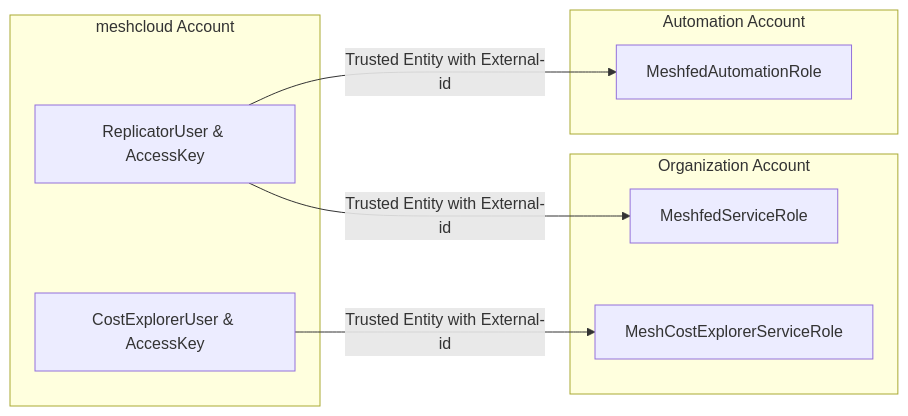
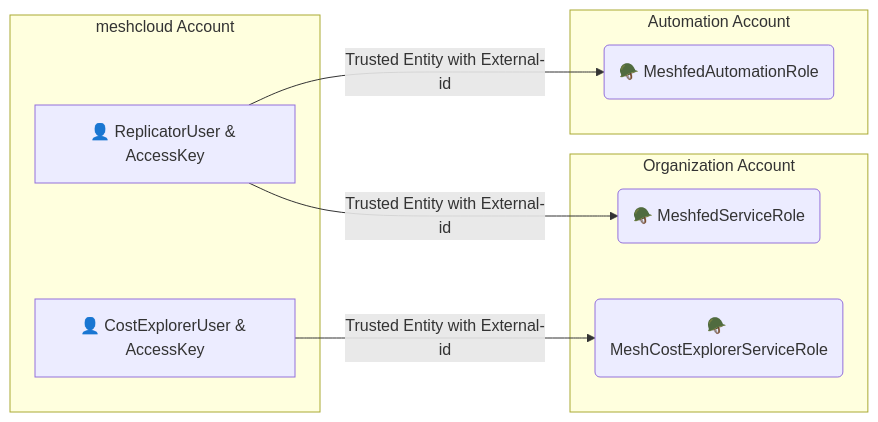
Before and after one commit to meshcloud/meshcloud-docs: the diagram in docs/meshstack.aws.index.md, drawn with Mermaid. The commit also changed other lines of this file, not shown here.

Commit message:
Add symbols for users and roles

````diff
--- a/docs/meshstack.aws.index.md
+++ b/docs/meshstack.aws.index.md
@@ -24,17 +24,17 @@
 ```mermaid
 graph LR;
     subgraph Organization Account
-        meshfedServiceRole["MeshfedServiceRole"];
-        costExplorerServiceRole["MeshCostExplorerServiceRole"];
+        meshfedServiceRole("🪖 MeshfedServiceRole");
+        costExplorerServiceRole("🪖 MeshCostExplorerServiceRole");
     end
     subgraph meshcloud Account
-        replicatorUser["ReplicatorUser & AccessKey"];
-        costExplorerUser["CostExplorerUser & AccessKey"];
+        replicatorUser["👤 ReplicatorUser & AccessKey"];
+        costExplorerUser["👤 CostExplorerUser & AccessKey"];
     end
     replicatorUser--Trusted Entity with External-id-->meshfedServiceRole;
     costExplorerUser--Trusted Entity with External-id-->costExplorerServiceRole;
     subgraph Automation Account
-        meshfedAutomationRole["MeshfedAutomationRole"];
+        meshfedAutomationRole("🪖 MeshfedAutomationRole");
     end
     replicatorUser--Trusted Entity with External-id-->meshfedAutomationRole
 ```
````
